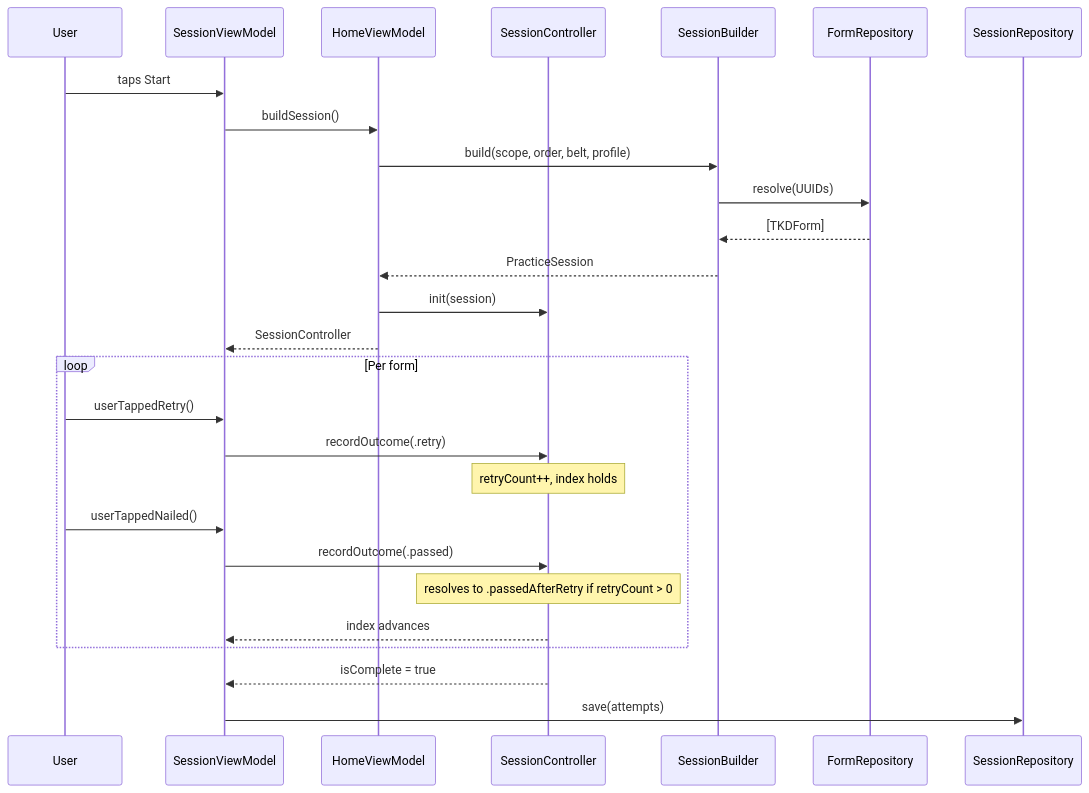
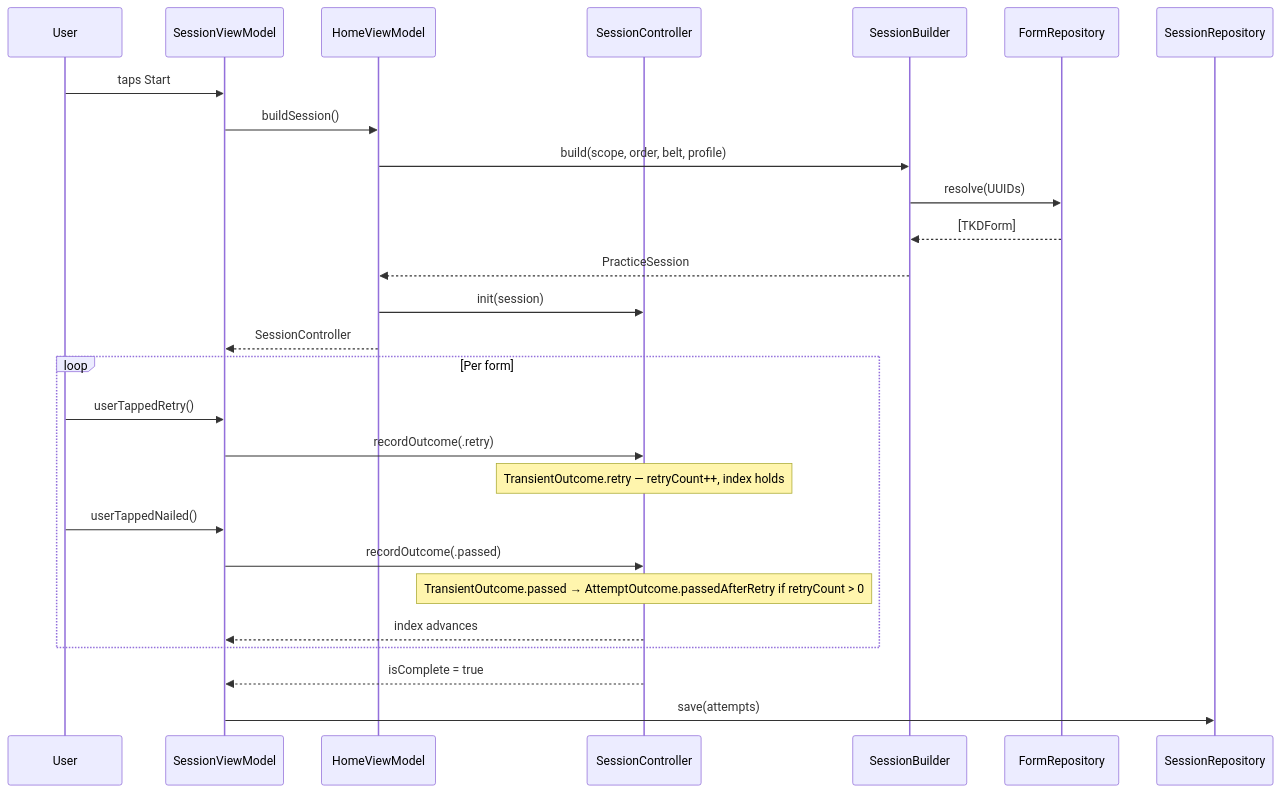
Before and after one commit to rclecha/PoomsaeFlow: the third of 5 diagrams in ARCHITECTURE.md, drawn with Mermaid. The commit also changed other lines of this file and 3 other files, not shown here.

Commit message:
docs: update CLAUDE.md, ARCHITECTURE.md, IMPLEMENTATION_PLAN.md, README.md for v1.5

````diff
--- a/ARCHITECTURE.md
+++ b/ARCHITECTURE.md
@@ -79,33 +82,33 @@
 ```mermaid
 sequenceDiagram
     participant User
     participant SessionViewModel
     participant HomeViewModel
     participant SessionController
     participant SessionBuilder
     participant FormRepository
     participant SessionRepository
 
     User->>SessionViewModel: taps Start
     SessionViewModel->>HomeViewModel: buildSession()
     HomeViewModel->>SessionBuilder: build(scope, order, belt, profile)
     SessionBuilder->>FormRepository: resolve(UUIDs)
     FormRepository-->>SessionBuilder: [TKDForm]
     SessionBuilder-->>HomeViewModel: PracticeSession
     HomeViewModel->>SessionController: init(session)
     HomeViewModel-->>SessionViewModel: SessionController
 
     loop Per form
         User->>SessionViewModel: userTappedRetry()
         SessionViewModel->>SessionController: recordOutcome(.retry)
-        Note over SessionController: retryCount++, index holds
+        Note over SessionController: TransientOutcome.retry — retryCount++, index holds
 
         User->>SessionViewModel: userTappedNailed()
         SessionViewModel->>SessionController: recordOutcome(.passed)
-        Note over SessionController: resolves to .passedAfterRetry if retryCount > 0
+        Note over SessionController: TransientOutcome.passed → AttemptOutcome.passedAfterRetry if retryCount > 0
         SessionController-->>SessionViewModel: index advances
     end
 
     SessionController-->>SessionViewModel: isComplete = true
     SessionViewModel->>SessionRepository: save(attempts)
 ```
````
